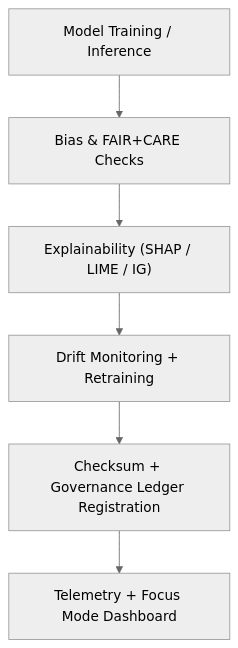
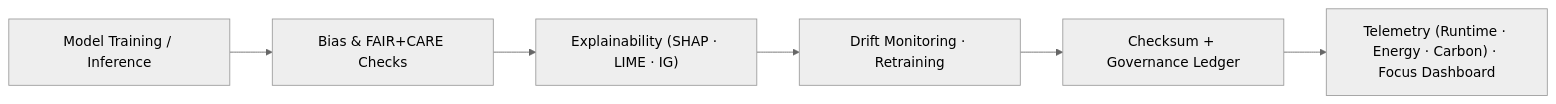
The diagram in src/pipelines/ai/README.md (bartytime4life/Kansas-Frontier-Matrix), drawn with Mermaid (neutral theme) before and after one commit. The commit also changed other lines of this file, not shown here.

````diff
--- a/src/pipelines/ai/README.md
+++ b/src/pipelines/ai/README.md
@@ -69,8 +72,8 @@
 ```mermaid
-flowchart TD
-A["Model Training / Inference"] --> B["Bias & FAIR+CARE Checks"]
-B --> C["Explainability (SHAP / LIME / IG)"]
-C --> D["Drift Monitoring + Retraining"]
-D --> E["Checksum + Governance Ledger Registration"]
-E --> F["Telemetry + Focus Mode Dashboard"]
+flowchart LR
+    A["Model Training / Inference"] --> B["Bias & FAIR+CARE Checks"]
+    B --> C["Explainability (SHAP · LIME · IG)"]
+    C --> D["Drift Monitoring · Retraining"]
+    D --> E["Checksum + Governance Ledger"]
+    E --> F["Telemetry (Runtime · Energy · Carbon) · Focus Dashboard"]
 ```
````
